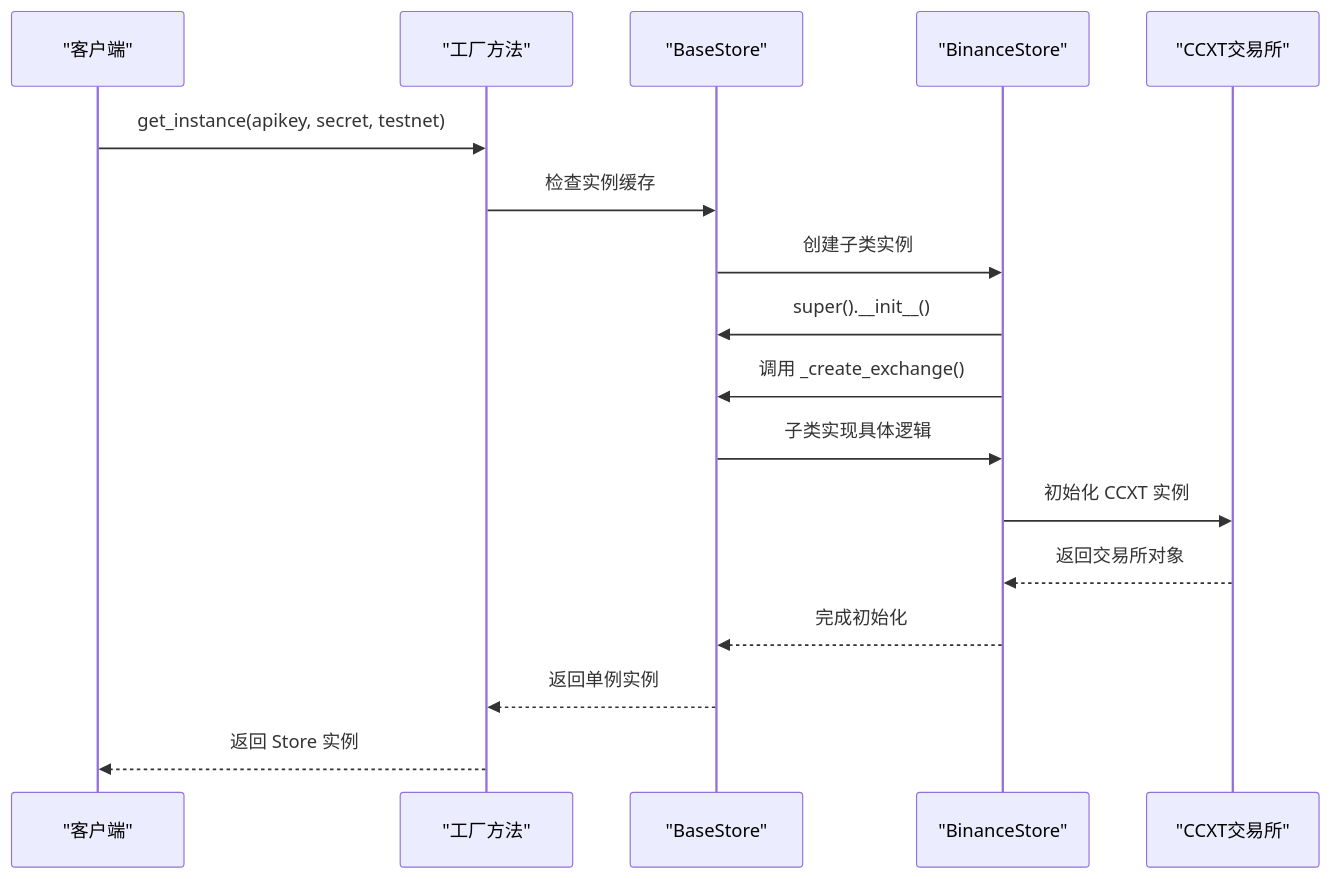
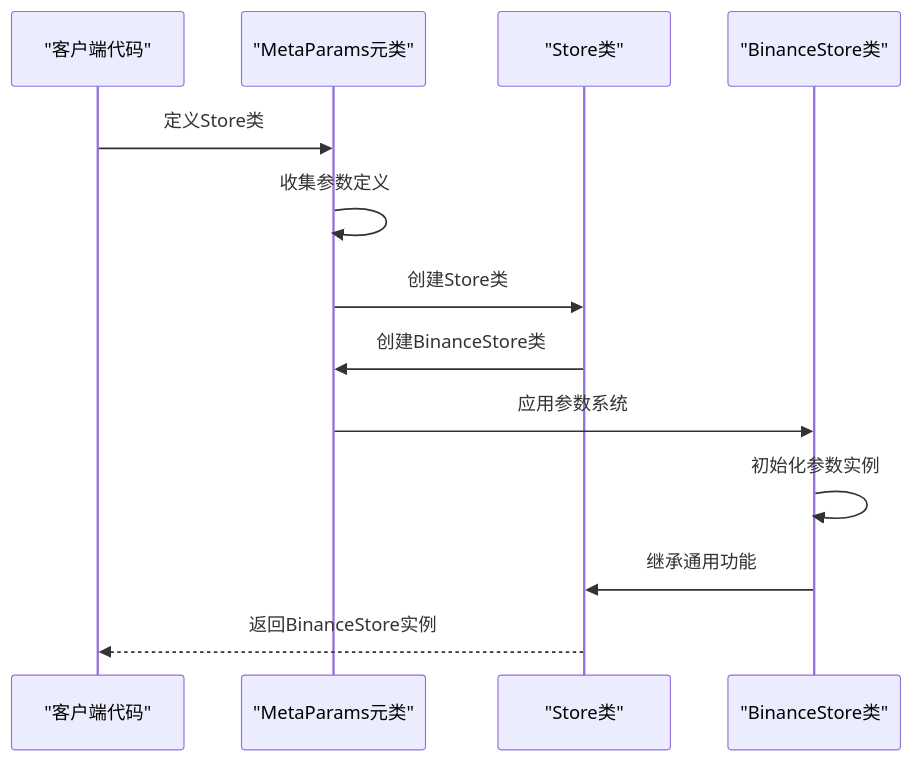
The third of 8 diagrams in .qoder/repowiki/zh/content/实盘交易模块/通用基类架构.md (bench-prog/backtrader), drawn with Mermaid before and after one commit. The commit also changed other lines of this file and 23 other files, not shown here.

````diff
--- a/.qoder/repowiki/zh/content/实盘交易模块/通用基类架构.md
+++ b/.qoder/repowiki/zh/content/实盘交易模块/通用基类架构.md
@@ -278,19 +224,15 @@
 ```mermaid
 sequenceDiagram
-participant Client as "客户端"
-participant Factory as "工厂方法"
-participant Base as "BaseStore"
-participant Child as "BinanceStore"
-participant Exchange as "CCXT交易所"
-Client->>Factory : get_instance(apikey, secret, testnet)
-Factory->>Base : 检查实例缓存
-Base->>Child : 创建子类实例
-Child->>Base : super().__init__()
-Child->>Base : 调用 _create_exchange()
-Base->>Child : 子类实现具体逻辑
-Child->>Exchange : 初始化 CCXT 实例
-Exchange-->>Child : 返回交易所对象
-Child-->>Base : 完成初始化
-Base-->>Factory : 返回单例实例
-Factory-->>Client : 返回 Store 实例
+participant Client as "客户端代码"
+participant MetaParams as "MetaParams元类"
+participant Store as "Store类"
+participant BinanceStore as "BinanceStore类"
+Client->>MetaParams : 定义Store类
+MetaParams->>MetaParams : 收集参数定义
+MetaParams->>Store : 创建Store类
+Store->>MetaParams : 创建BinanceStore类
+MetaParams->>BinanceStore : 应用参数系统
+BinanceStore->>BinanceStore : 初始化参数实例
+BinanceStore->>Store : 继承通用功能
+Store-->>Client : 返回BinanceStore实例
 ```
````
